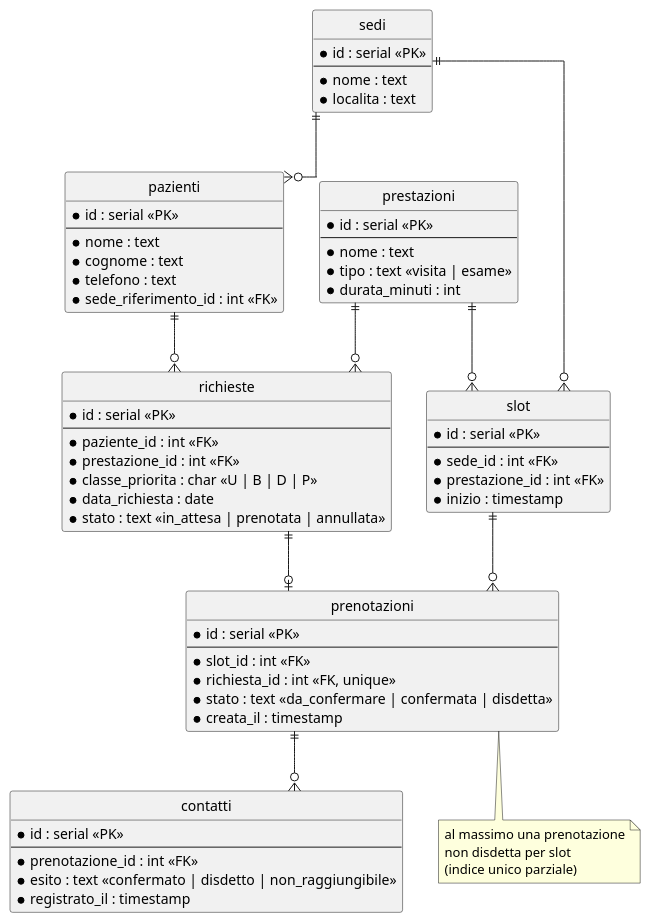
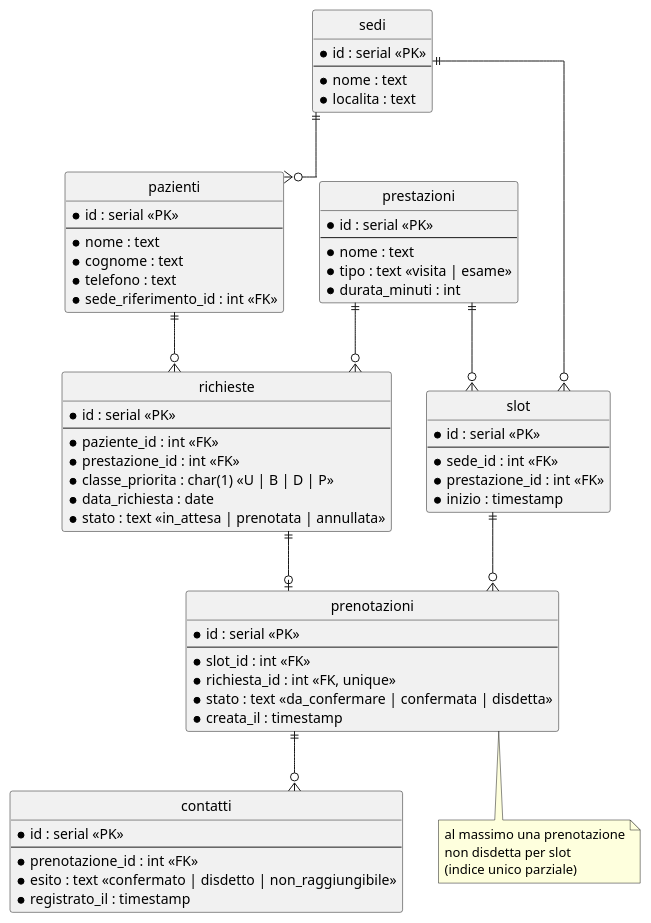
The diagram in docs/diagrammi/schema-er.puml (LeoDS99/pw26-agente-recall), drawn with PlantUML before and after one commit. The commit also changed 5 other files, not shown here.

Commit message:
Schema del database: 7 tabelle e indice unico parziale sulle prenotazioni

```diff
--- a/docs/diagrammi/schema-er.puml
+++ b/docs/diagrammi/schema-er.puml
@@ -1,78 +1,78 @@
 @startuml schema-er
 hide circle
 skinparam linetype ortho
 
 entity "sedi" as sedi {
   * id : serial <<PK>>
   --
   * nome : text
   * localita : text
 }
 
 entity "prestazioni" as prestazioni {
   * id : serial <<PK>>
   --
   * nome : text
   * tipo : text <<visita | esame>>
   * durata_minuti : int
 }
 
 entity "pazienti" as pazienti {
   * id : serial <<PK>>
   --
   * nome : text
   * cognome : text
   * telefono : text
   * sede_riferimento_id : int <<FK>>
 }
 
 entity "slot" as slot {
   * id : serial <<PK>>
   --
   * sede_id : int <<FK>>
   * prestazione_id : int <<FK>>
   * inizio : timestamp
 }
 
 entity "richieste" as richieste {
   * id : serial <<PK>>
   --
   * paziente_id : int <<FK>>
   * prestazione_id : int <<FK>>
-  * classe_priorita : char <<U | B | D | P>>
+  * classe_priorita : char(1) <<U | B | D | P>>
   * data_richiesta : date
   * stato : text <<in_attesa | prenotata | annullata>>
 }
 
 entity "prenotazioni" as prenotazioni {
   * id : serial <<PK>>
   --
   * slot_id : int <<FK>>
   * richiesta_id : int <<FK, unique>>
   * stato : text <<da_confermare | confermata | disdetta>>
   * creata_il : timestamp
 }
 
 entity "contatti" as contatti {
   * id : serial <<PK>>
   --
   * prenotazione_id : int <<FK>>
   * esito : text <<confermato | disdetto | non_raggiungibile>>
   * registrato_il : timestamp
 }
 
 sedi ||--o{ slot
 sedi ||--o{ pazienti
 prestazioni ||--o{ slot
 prestazioni ||--o{ richieste
 pazienti ||--o{ richieste
 richieste ||--o| prenotazioni
 slot ||--o{ prenotazioni
 prenotazioni ||--o{ contatti
 
 note bottom of prenotazioni
   al massimo una prenotazione
   non disdetta per slot
   (indice unico parziale)
 end note
 @enduml
```
